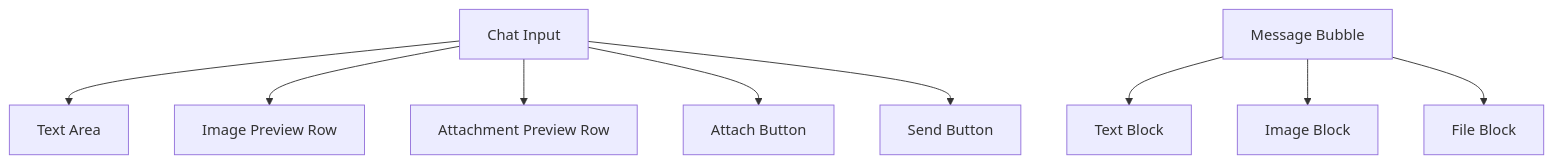
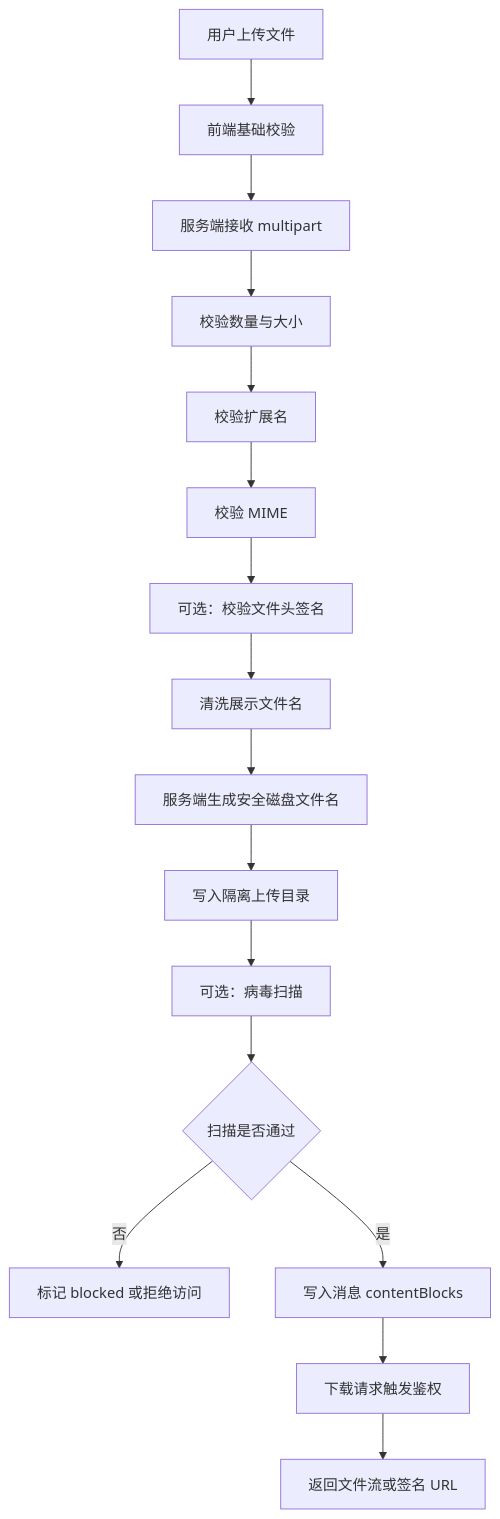
One commit to henshoudaji/clowder-ai changed the sixth of 7 diagrams in docs/F140-chat-attachment-upload.md. Above: the diagram before and after it, drawn with Mermaid. The commit also changed other lines of this file, not shown here.

````diff
--- a/docs/F140-chat-attachment-upload.md
+++ b/docs/F140-chat-attachment-upload.md
@@ -593,14 +1111,18 @@
 ```mermaid
-flowchart TB
-    A[Chat Input]
-    A --> B[Text Area]
-    A --> C[Image Preview Row]
-    A --> D[Attachment Preview Row]
-    A --> E[Attach Button]
-    A --> F[Send Button]
-
-    G[Message Bubble]
-    G --> H[Text Block]
-    G --> I[Image Block]
-    G --> J[File Block]
+flowchart TD
+    A[用户上传文件] --> B[前端基础校验]
+    B --> C[服务端接收 multipart]
+    C --> D[校验数量与大小]
+    D --> E[校验扩展名]
+    E --> F[校验 MIME]
+    F --> G[可选：校验文件头签名]
+    G --> H[清洗展示文件名]
+    H --> I[服务端生成安全磁盘文件名]
+    I --> J[写入隔离上传目录]
+    J --> K[可选：病毒扫描]
+    K --> L{扫描是否通过}
+    L -->|否| M[标记 blocked 或拒绝访问]
+    L -->|是| N[写入消息 contentBlocks]
+    N --> O[下载请求触发鉴权]
+    O --> P[返回文件流或签名 URL]
 ```
````
